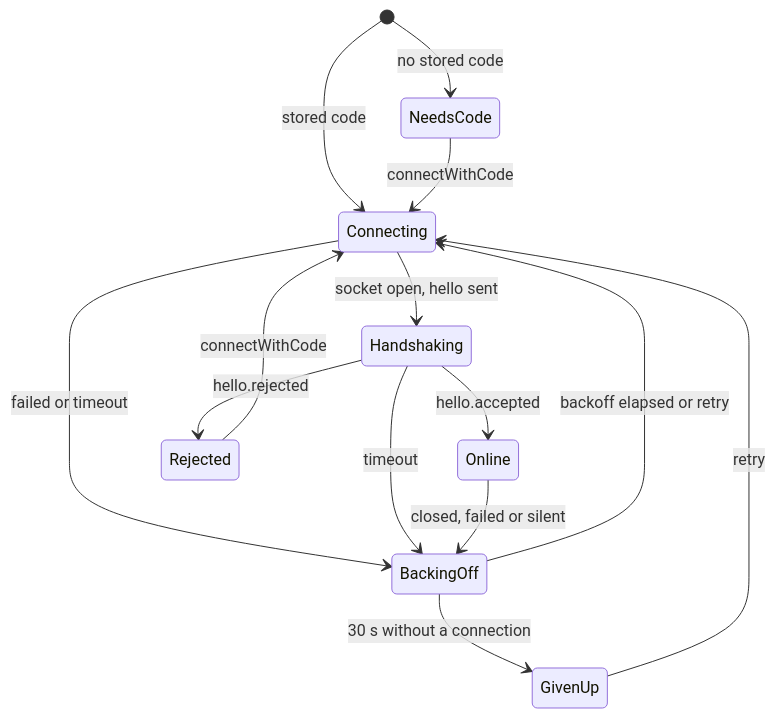
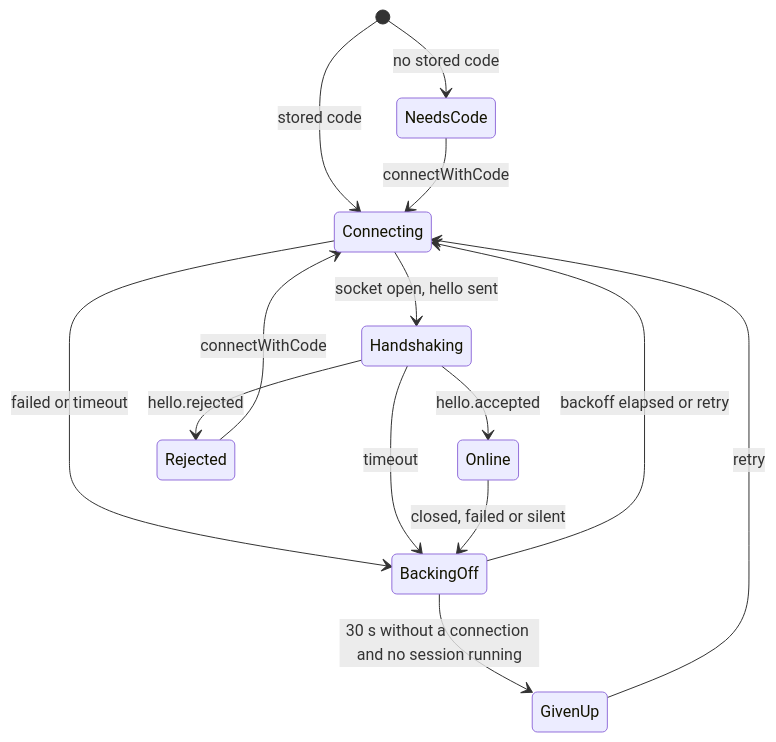
Diagram 12 of 15 in docs/architecture.md (Juls2212/Presenta), drawn with Mermaid before and after one commit. The commit also changed other lines of this file, not shown here.

Commit message:
docs(architecture): describe recovery, settings and AI wording

````diff
--- a/docs/architecture.md
+++ b/docs/architecture.md
@@ -286,16 +294,16 @@
 ```mermaid
 stateDiagram-v2
     [*] --> NeedsCode: no stored code
     [*] --> Connecting: stored code
     NeedsCode --> Connecting: connectWithCode
     Connecting --> Handshaking: socket open, hello sent
     Handshaking --> Online: hello.accepted
     Handshaking --> Rejected: hello.rejected
     Rejected --> Connecting: connectWithCode
     Connecting --> BackingOff: failed or timeout
     Handshaking --> BackingOff: timeout
     Online --> BackingOff: closed, failed or silent
     BackingOff --> Connecting: backoff elapsed or retry
-    BackingOff --> GivenUp: 30 s without a connection
+    BackingOff --> GivenUp: 30 s without a connection and no session running
     GivenUp --> Connecting: retry
 ```
````
